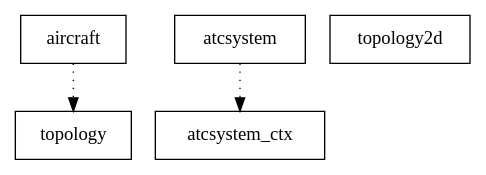
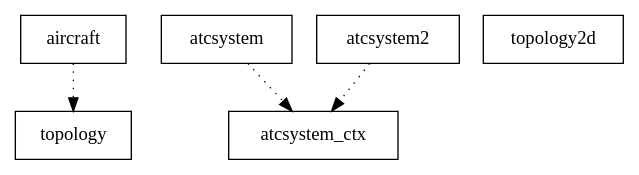
The diagram in bdp/atcsystem.dot (RafaelBNN/atcsystem), drawn with Graphviz before and after one commit. The commit also changed 35 other files, not shown here.

```diff
--- a/bdp/atcsystem.dot
+++ b/bdp/atcsystem.dot
@@ -1,10 +1,12 @@
 digraph {
 aircraft [ label=" aircraft " shape= box ]
 atcsystem [ label=" atcsystem " shape= box ]
+atcsystem2 [ label=" atcsystem2 " shape= box ]
 atcsystem_ctx [ label=" atcsystem_ctx " shape= box ]
 topology [ label=" topology " shape= box ]
 topology2d [ label=" topology2d " shape= box ]
 
 "aircraft" -> "topology" [style= dotted ]
 "atcsystem" -> "atcsystem_ctx" [style= dotted ]
+"atcsystem2" -> "atcsystem_ctx" [style= dotted ]
 }
```
